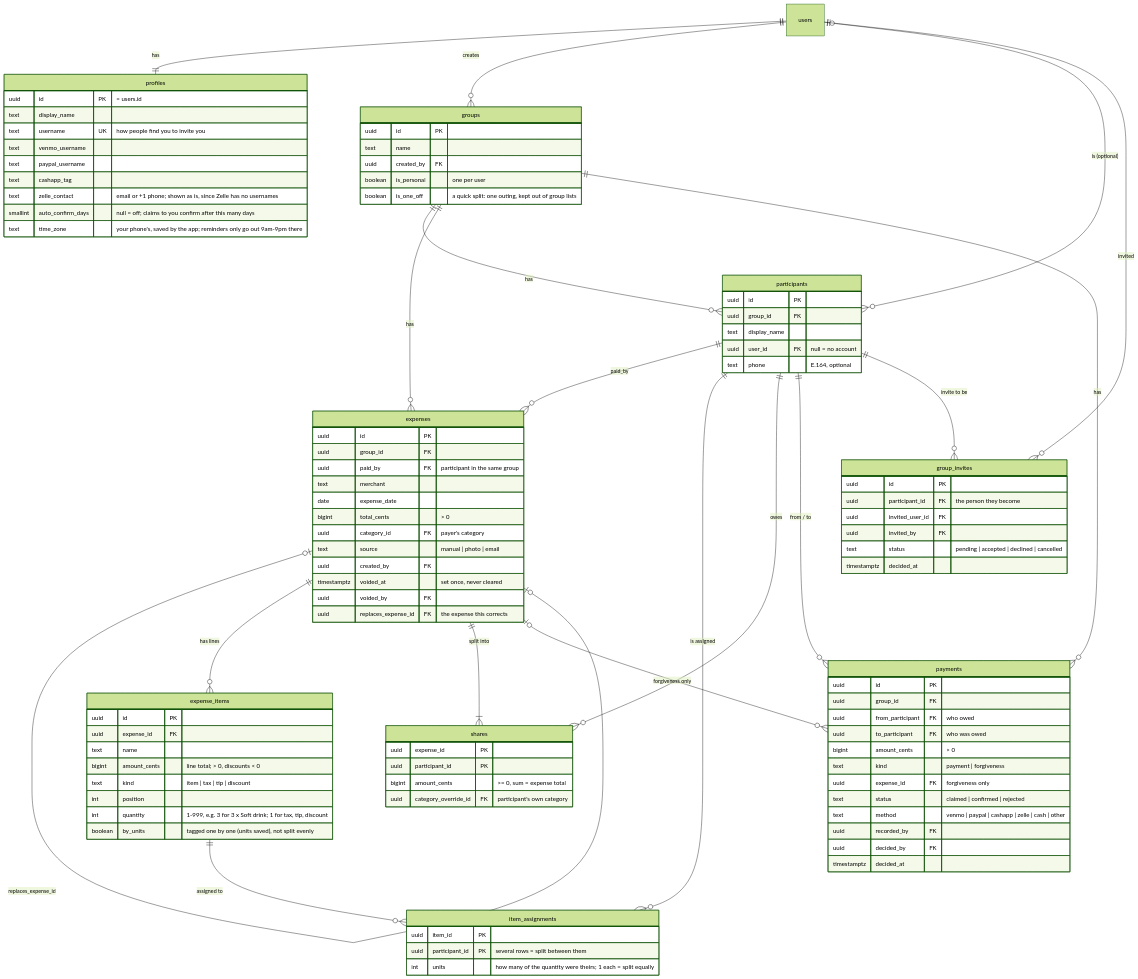
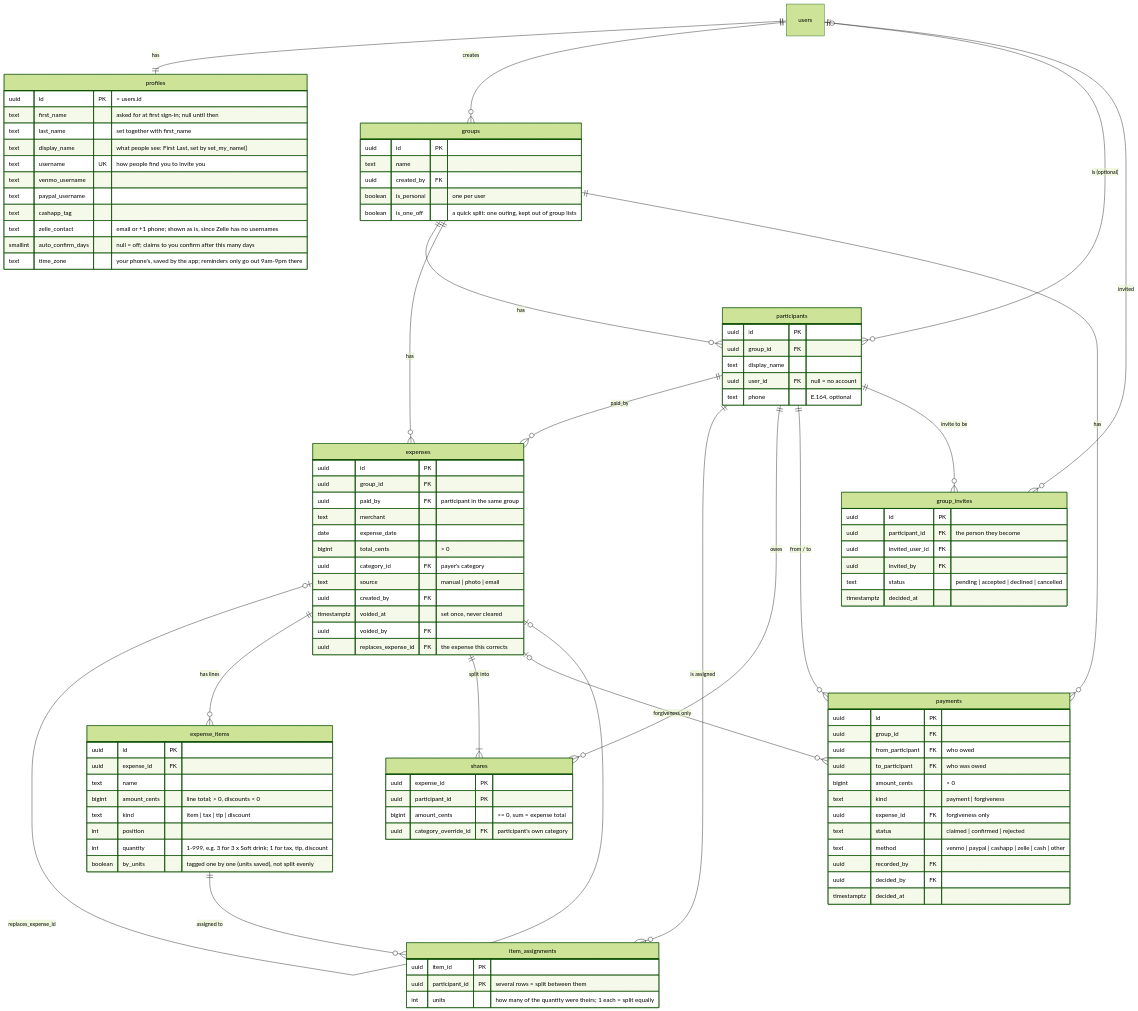
One commit to liyou2001/spendly changed the first of 5 diagrams in DATA_MODEL.md. Above: the diagram before and after it, drawn with Mermaid (forest theme). The commit also changed other lines of this file and 13 other files, not shown here.

First line of the commit message:
Ask for first and last name at first sign-in

```diff
--- a/DATA_MODEL.md
+++ b/DATA_MODEL.md
@@ -32,7 +32,9 @@
 
     profiles {
         uuid id PK "= users.id"
-        text display_name
+        text first_name "asked for at first sign-in; null until then"
+        text last_name "set together with first_name"
+        text display_name "what people see: First Last, set by set_my_name()"
         text username UK "how people find you to invite you"
         text venmo_username
         text paypal_username
```
